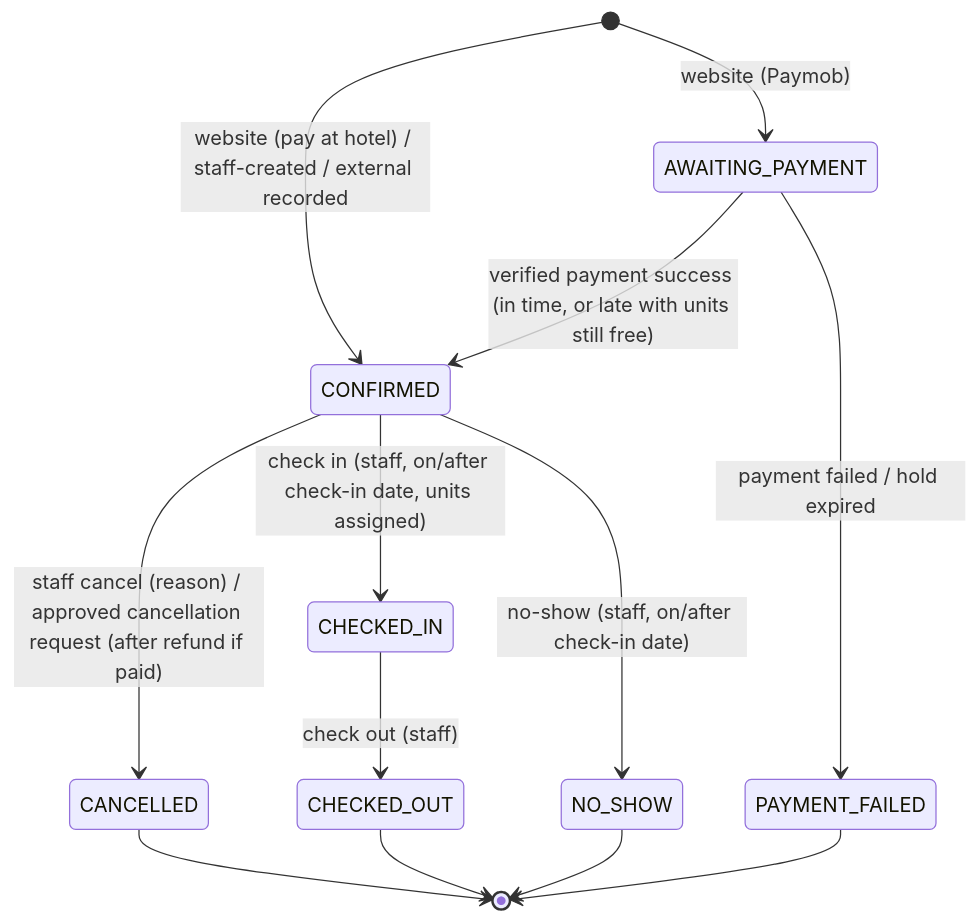
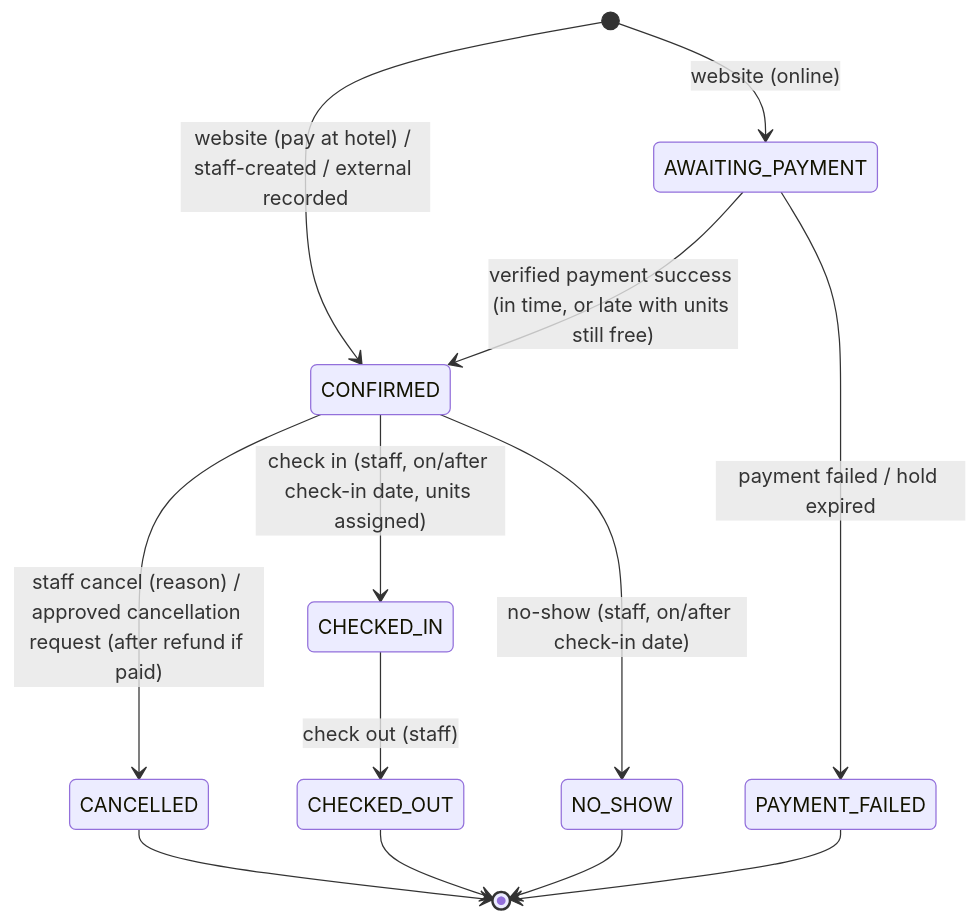
One commit to mohamedmosilhy/Rivana-Residence changed the diagram in docs/domain/reservation-lifecycle.md. Above: the diagram before and after it, drawn with Mermaid. The commit also changed other lines of this file and 44 other files, not shown here.

````diff
--- a/docs/domain/reservation-lifecycle.md
+++ b/docs/domain/reservation-lifecycle.md
@@ -23,15 +23,15 @@
 ```mermaid
 stateDiagram-v2
   [*] --> CONFIRMED: website (pay at hotel) / staff-created / external recorded
-  [*] --> AWAITING_PAYMENT: website (Paymob)
+  [*] --> AWAITING_PAYMENT: website (online)
   AWAITING_PAYMENT --> CONFIRMED: verified payment success (in time, or late with units still free)
   AWAITING_PAYMENT --> PAYMENT_FAILED: payment failed / hold expired
   CONFIRMED --> CANCELLED: staff cancel (reason) / approved cancellation request (after refund if paid)
   CONFIRMED --> CHECKED_IN: check in (staff, on/after check-in date, units assigned)
   CONFIRMED --> NO_SHOW: no-show (staff, on/after check-in date)
   CHECKED_IN --> CHECKED_OUT: check out (staff)
   PAYMENT_FAILED --> [*]
   CANCELLED --> [*]
   NO_SHOW --> [*]
   CHECKED_OUT --> [*]
 ```
````
